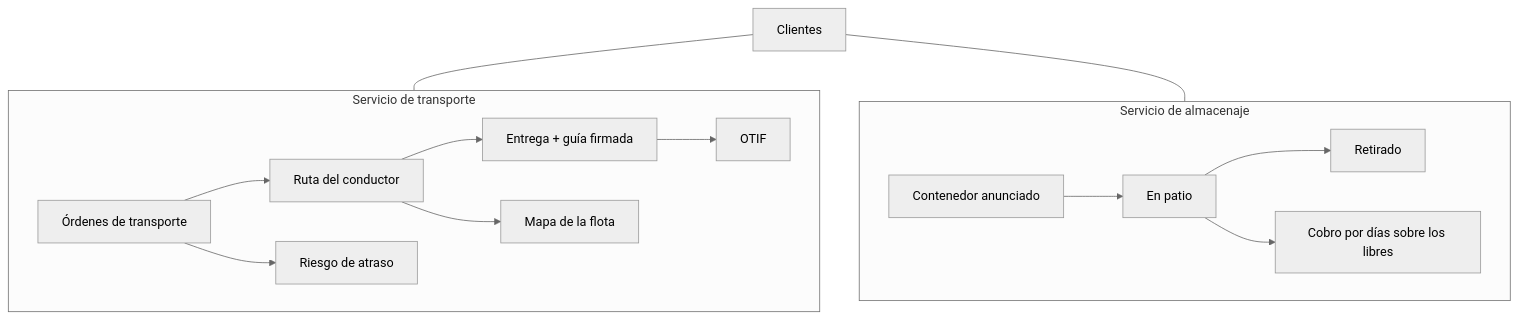
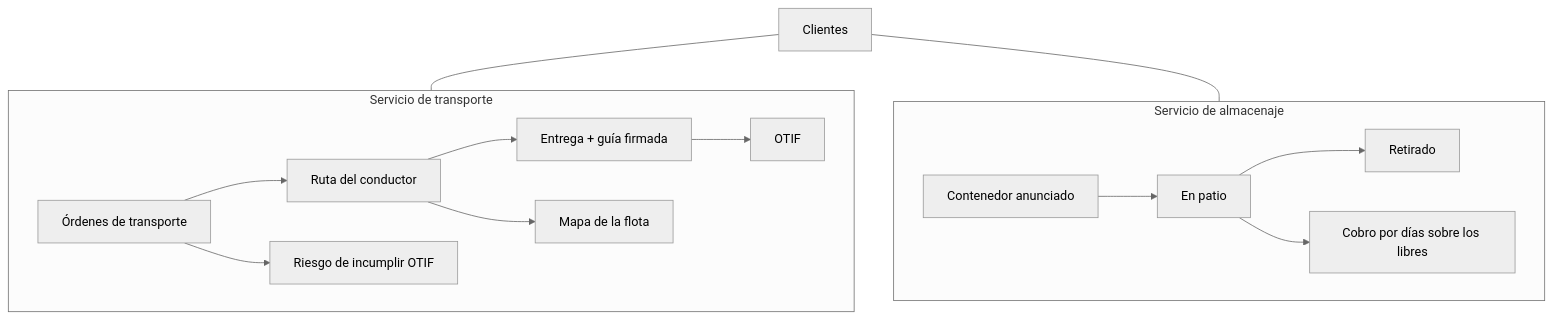
One commit to maricons/swot-mvp changed the second of 3 diagrams in docs/arquitectura.md. Above: the diagram before and after it, drawn with Mermaid (neutral theme). The commit also changed other lines of this file and 14 other files, not shown here.

````diff
--- a/docs/arquitectura.md
+++ b/docs/arquitectura.md
@@ -49,16 +49,16 @@
 ```mermaid
 flowchart TB
     C[Clientes] --- T
     C --- A
     subgraph T["Servicio de transporte"]
         direction LR
         OT[Órdenes de transporte] --> RUTA[Ruta del conductor] --> ENT[Entrega + guía firmada] --> OTIF[OTIF]
-        OT --> PRED[Riesgo de atraso]
+        OT --> PRED[Riesgo de incumplir OTIF]
         RUTA --> FLOTA[Mapa de la flota]
     end
     subgraph A["Servicio de almacenaje"]
         direction LR
         CON[Contenedor anunciado] --> PAT[En patio] --> SAL[Retirado]
         PAT --> COB[Cobro por días sobre los libres]
     end
 ```
````
